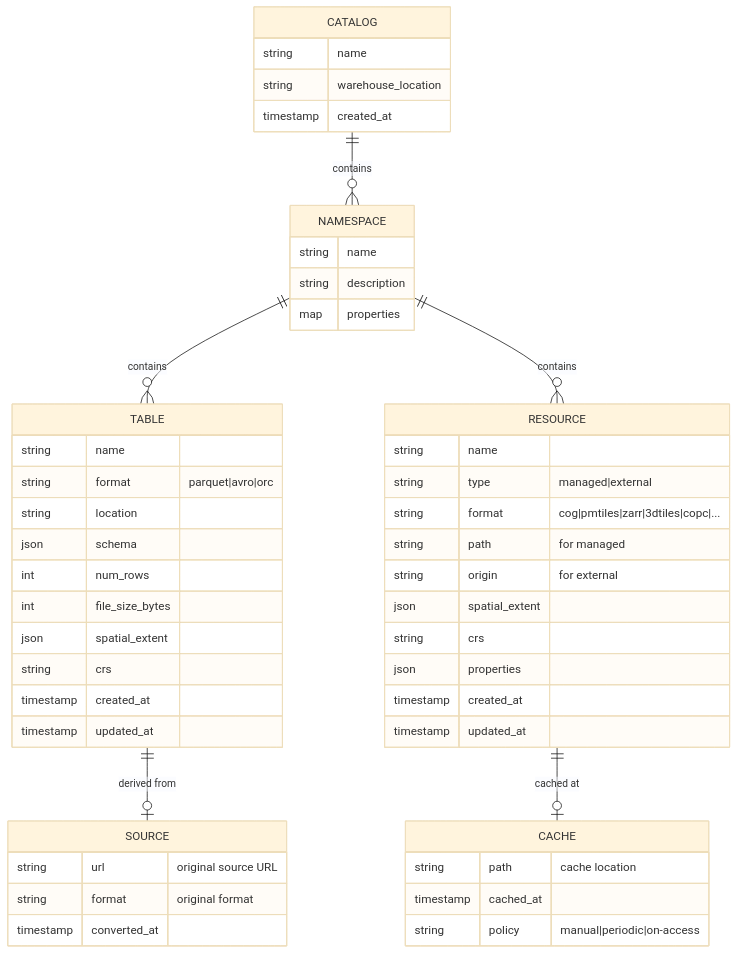
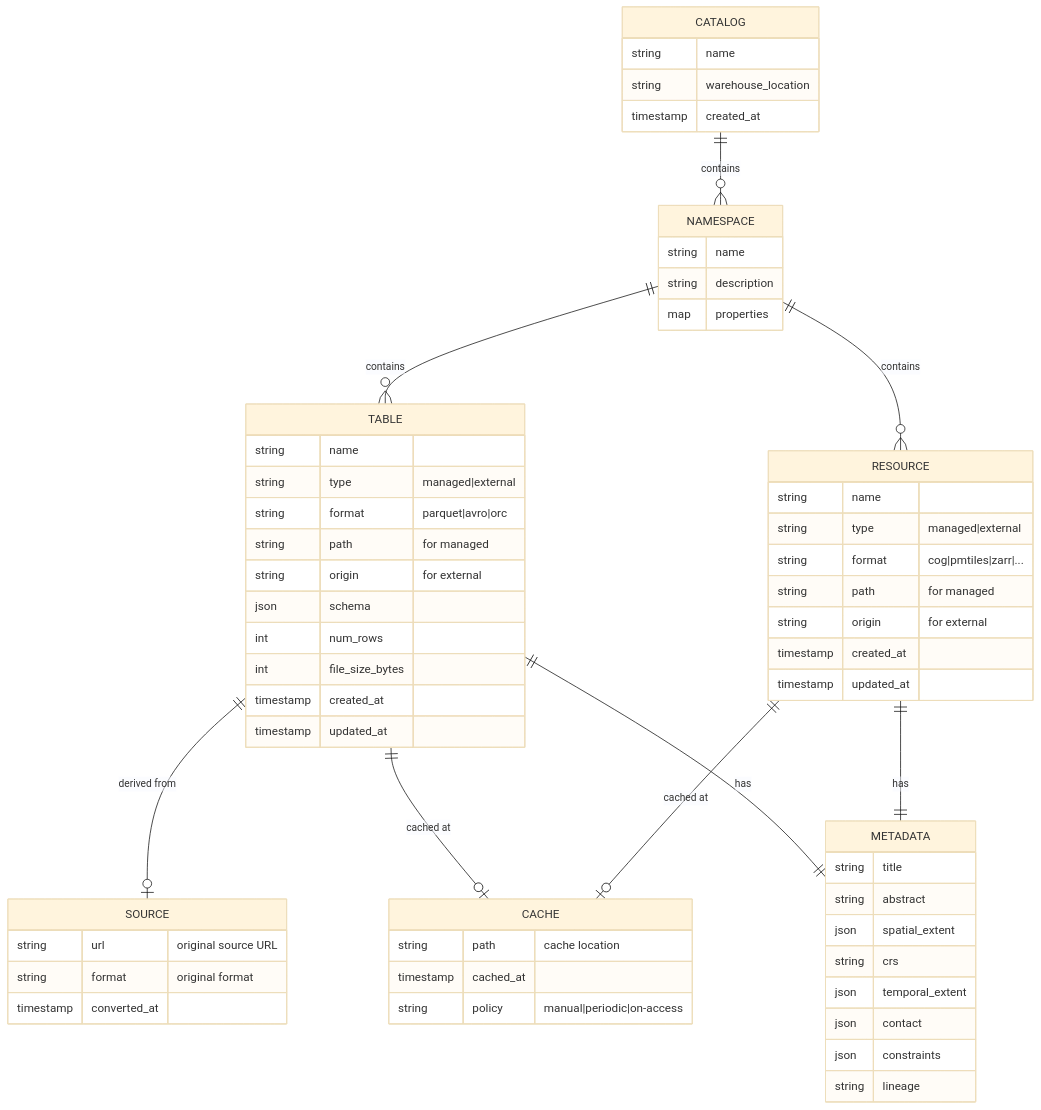
The first of 3 diagrams in docs/catalog-data-model.md (portolan-sdi/portolan), drawn with Mermaid (base theme) before and after one commit. The commit also changed other lines of this file, not shown here.

First line of the commit message:
Expand catalog data model with external tables and ISO 19115 metadata

````diff
--- a/docs/catalog-data-model.md
+++ b/docs/catalog-data-model.md
@@ -20,58 +21,69 @@
 ```mermaid
 erDiagram
     CATALOG ||--o{ NAMESPACE : contains
     NAMESPACE ||--o{ TABLE : contains
     NAMESPACE ||--o{ RESOURCE : contains
     TABLE ||--o| SOURCE : "derived from"
+    TABLE ||--o| CACHE : "cached at"
     RESOURCE ||--o| CACHE : "cached at"
+    TABLE ||--|| METADATA : has
+    RESOURCE ||--|| METADATA : has
 
     CATALOG {
         string name
         string warehouse_location
         timestamp created_at
     }
 
     NAMESPACE {
         string name
         string description
         map properties
     }
 
     TABLE {
         string name
+        string type "managed|external"
         string format "parquet|avro|orc"
-        string location
+        string path "for managed"
+        string origin "for external"
         json schema
         int num_rows
         int file_size_bytes
-        json spatial_extent
-        string crs
+        timestamp created_at
+        timestamp updated_at
+    }
+
+    RESOURCE {
+        string name
+        string type "managed|external"
+        string format "cog|pmtiles|zarr|..."
+        string path "for managed"
+        string origin "for external"
         timestamp created_at
         timestamp updated_at
     }
 
     SOURCE {
         string url "original source URL"
         string format "original format"
         timestamp converted_at
     }
 
-    RESOURCE {
-        string name
-        string type "managed|external"
-        string format "cog|pmtiles|zarr|3dtiles|copc|..."
-        string path "for managed"
-        string origin "for external"
-        json spatial_extent
-        string crs
-        json properties
-        timestamp created_at
-        timestamp updated_at
-    }
-
     CACHE {
         string path "cache location"
         timestamp cached_at
         string policy "manual|periodic|on-access"
     }
+
+    METADATA {
+        string title
+        string abstract
+        json spatial_extent
+        string crs
+        json temporal_extent
+        json contact
+        json constraints
+        string lineage
+    }
 ```
````
